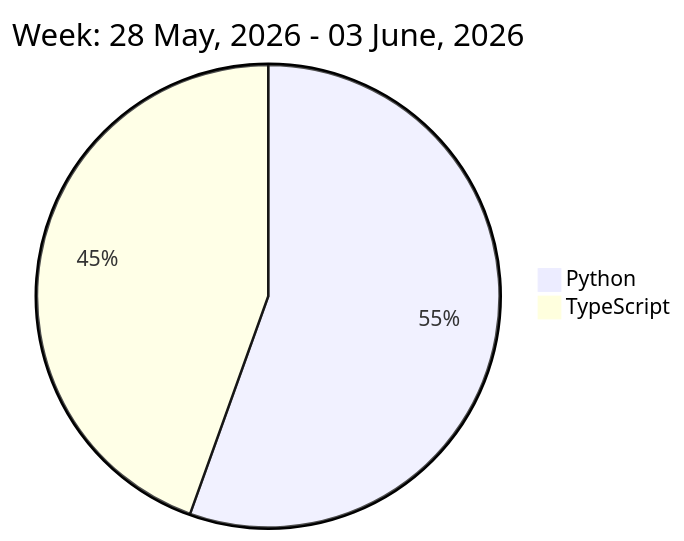
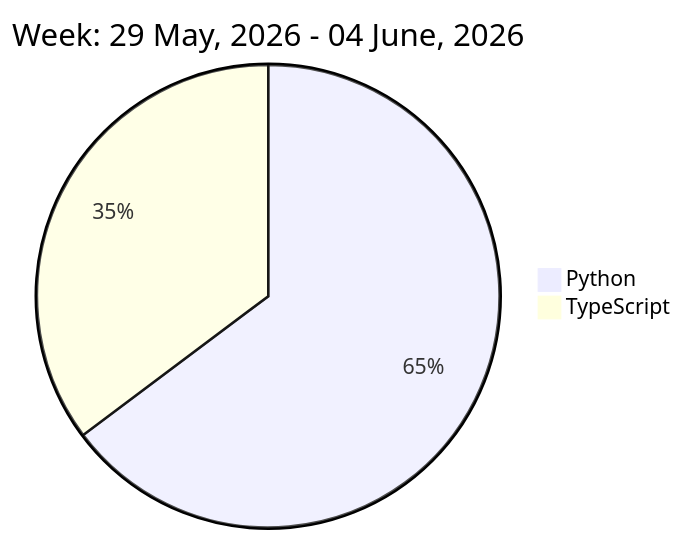
Before and after one commit to liubin95/liubin95: the diagram in README.md, drawn with Mermaid.

Commit message:
Updated the Graph with new Metrics

````diff
--- a/README.md
+++ b/README.md
@@ -32,6 +32,6 @@
 ```mermaid
  pie
-title Week: 28 May, 2026 - 03 June, 2026
- "Python" : 7.38
- "TypeScript" : 5.92
+title Week: 29 May, 2026 - 04 June, 2026
+ "Python" : 8.73
+ "TypeScript" : 4.75
 ```
````
